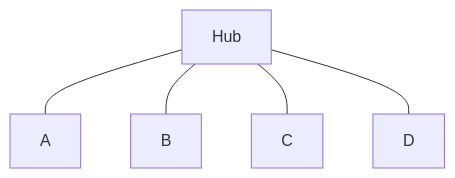
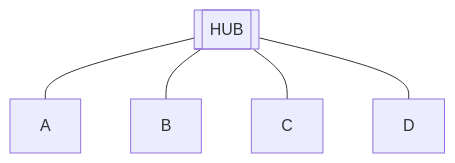
One commit to shafayat1004/My-Knowledge-Base changed the fifth of 8 diagrams in vault/Data Communication.md. Above: the diagram before and after it, drawn with Mermaid. The commit also changed other lines of this file and 11 other files, not shown here.

````diff
--- a/vault/Data Communication.md
+++ b/vault/Data Communication.md
@@ -64,7 +58,7 @@
 ```mermaid
 graph TD
-    Hub---A
-    Hub---B
-    Hub---C
-    Hub---D
+    HUB[[HUB]]---A
+    HUB---B
+    HUB---C
+    HUB---D
 ```
````
